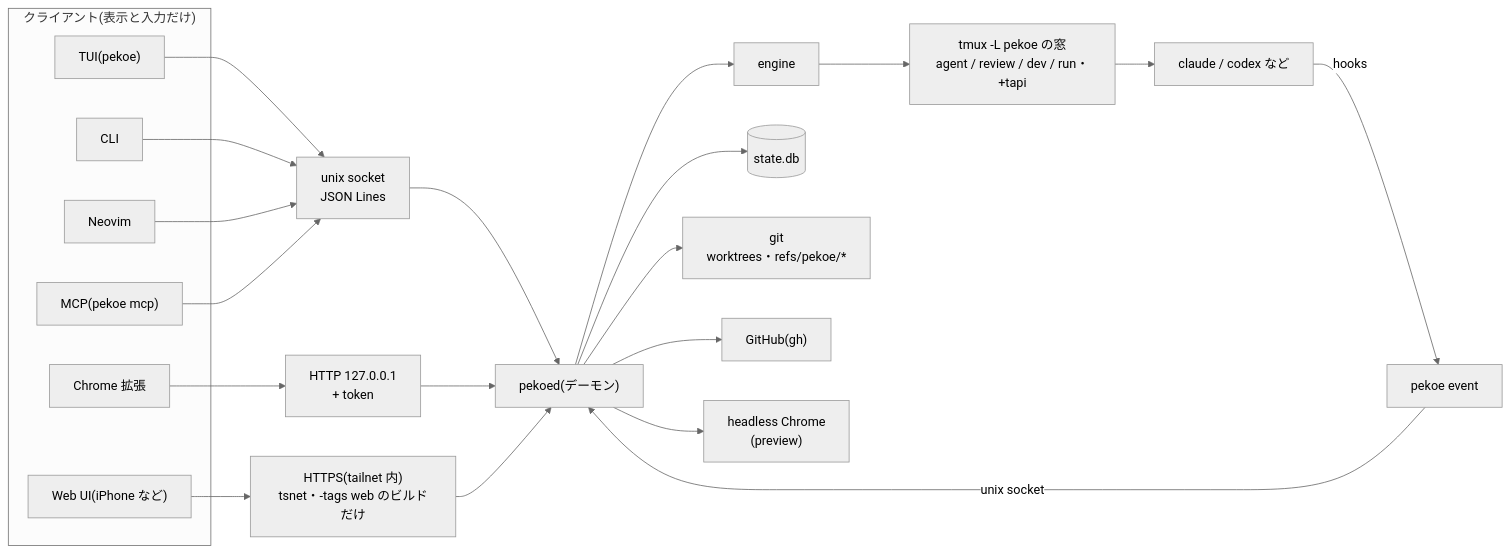
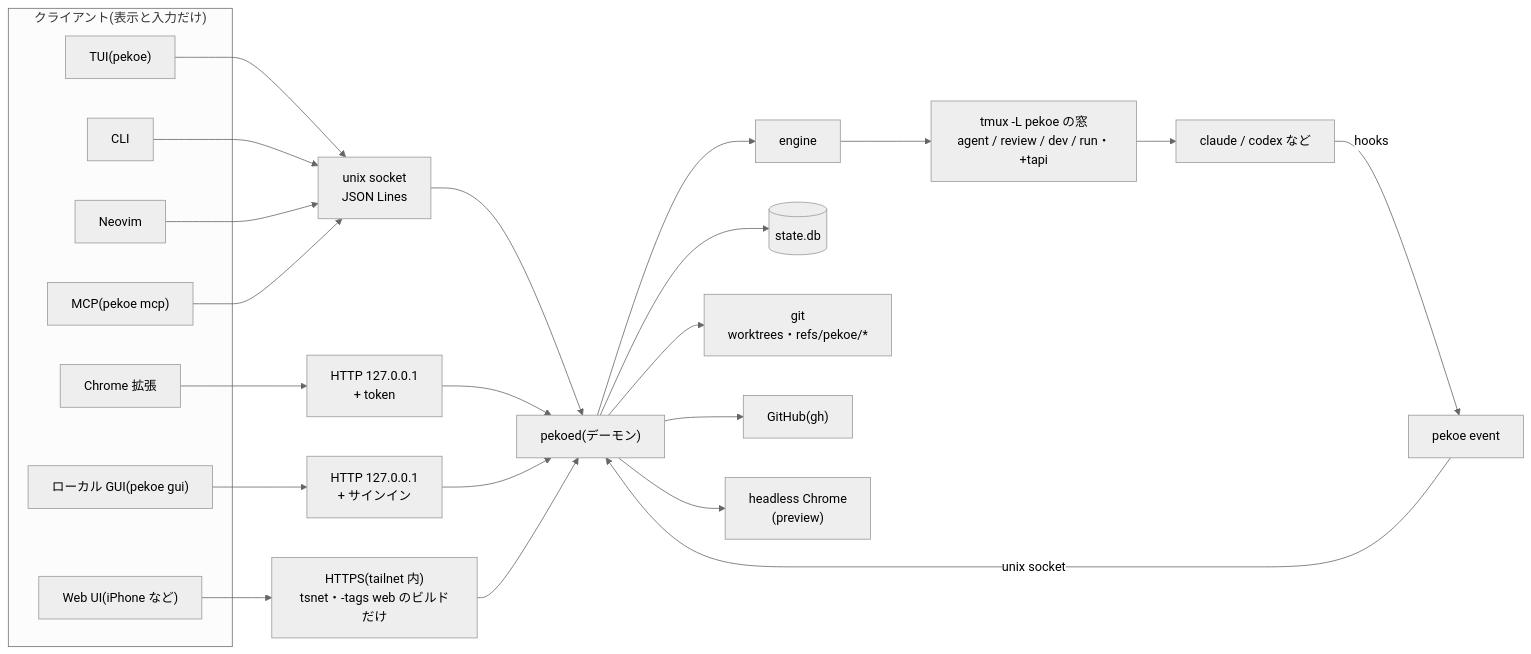
Before and after one commit to sakamosu/pekoe: the diagram in README.ja.md, drawn with Mermaid (neutral theme). The commit also changed other lines of this file and 11 other files, not shown here.

````diff
--- a/README.ja.md
+++ b/README.ja.md
@@ -42,32 +38,36 @@
 ```mermaid
 flowchart LR
   subgraph clients["クライアント(表示と入力だけ)"]
     tui["TUI(pekoe)"]
     cli["CLI"]
     nvim["Neovim"]
     mcp["MCP(pekoe mcp)"]
     ext["Chrome 拡張"]
+    gui["ローカル GUI(pekoe gui)"]
     web["Web UI(iPhone など)"]
   end
   sock["unix socket<br/>JSON Lines"]
   http["HTTP 127.0.0.1<br/>+ token"]
+  guihttp["HTTP 127.0.0.1<br/>+ サインイン"]
   tsnet["HTTPS(tailnet 内)<br/>tsnet・-tags web のビルドだけ"]
   tui --> sock
   cli --> sock
   nvim --> sock
   mcp --> sock
   ext --> http
+  gui --> guihttp
   web --> tsnet
   sock --> pekoed
   http --> pekoed
+  guihttp --> pekoed
   tsnet --> pekoed
   pekoed["pekoed(デーモン)"] --> engine["engine"]
   engine --> tmux["tmux -L pekoe の窓<br/>agent / review / dev / run・+tapi"]
   tmux --> agent["claude / codex など"]
   agent -- "hooks" --> event["pekoe event"]
   event -- "unix socket" --> pekoed
   pekoed --> db[("state.db")]
   pekoed --> git["git<br/>worktrees・refs/pekoe/*"]
   pekoed --> gh["GitHub(gh)"]
   pekoed --> chrome["headless Chrome<br/>(preview)"]
 ```
````
